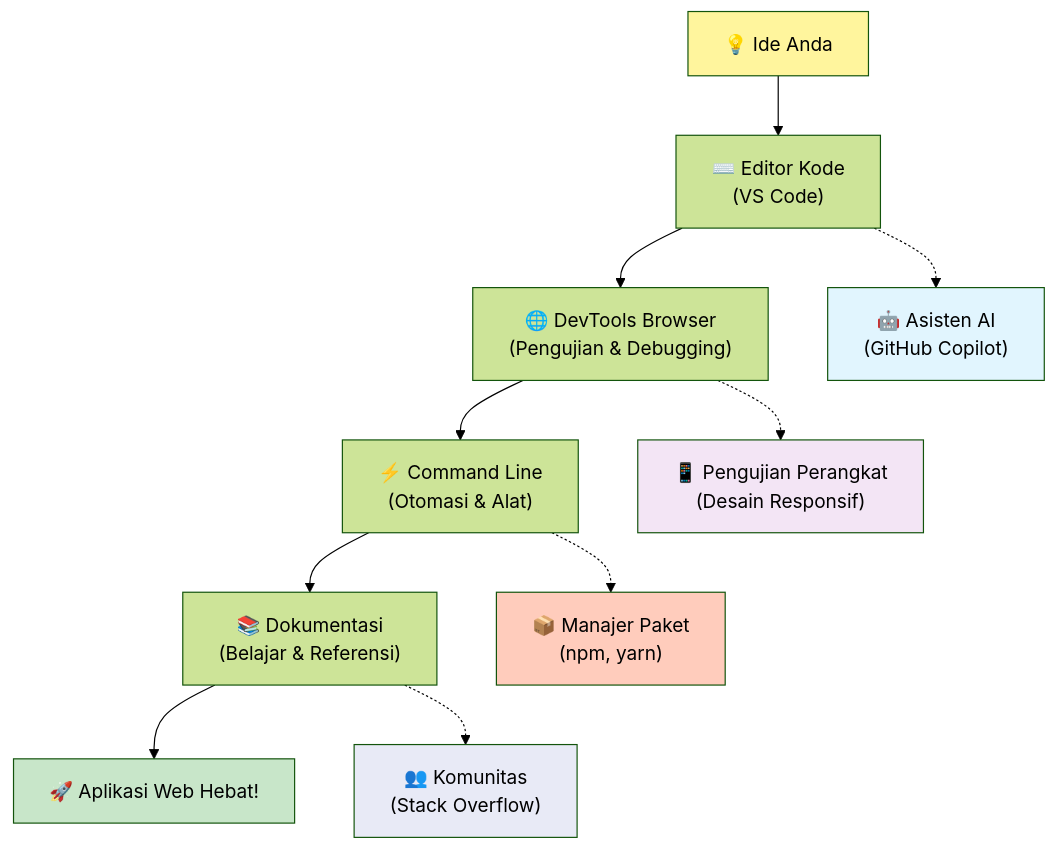
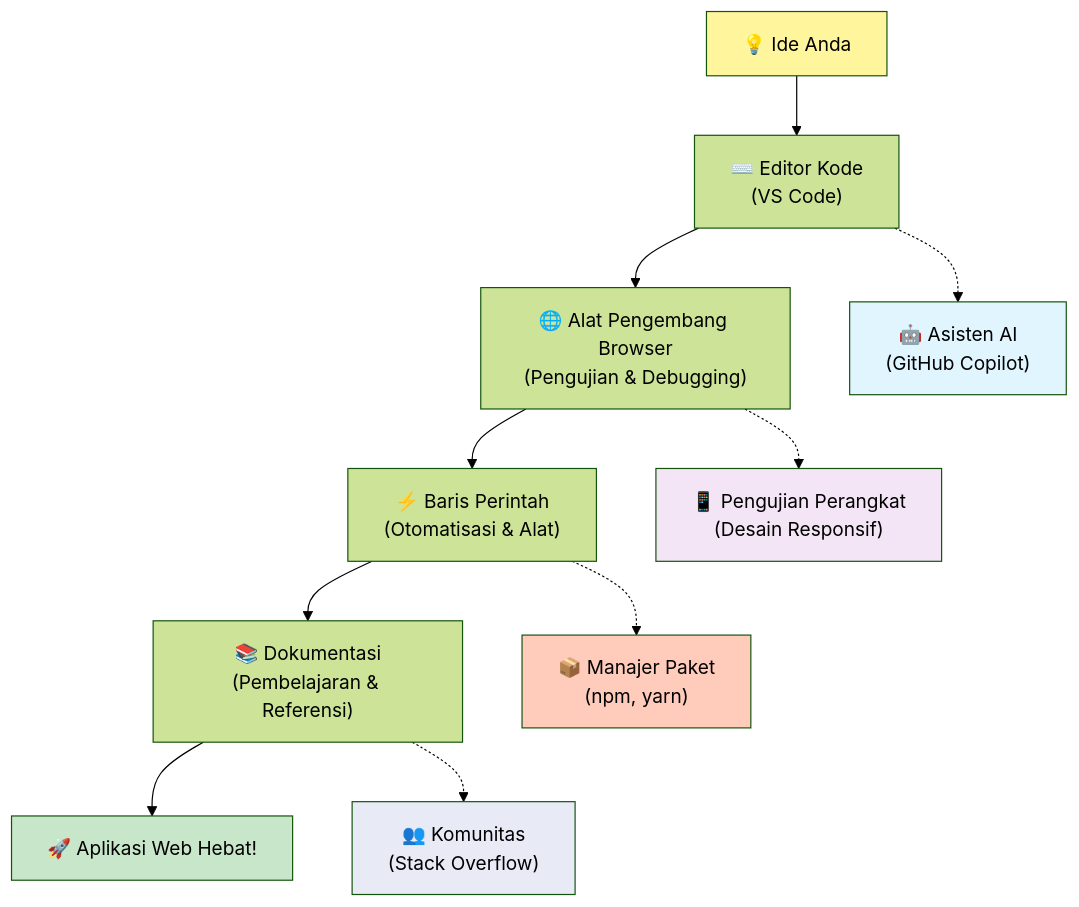
Before and after one commit to microsoft/Web-Dev-For-Beginners: the fifth of 7 diagrams in translations/id/1-getting-started-lessons/1-intro-to-programming-languages/README.md, drawn with Mermaid (forest theme). The commit also changed other lines of this file and 8 other files, not shown here.

````diff
--- a/translations/id/1-getting-started-lessons/1-intro-to-programming-languages/README.md
+++ b/translations/id/1-getting-started-lessons/1-intro-to-programming-languages/README.md
@@ -487,20 +487,20 @@
 ```mermaid
 graph TD
     A["💡 Ide Anda"] --> B["⌨️ Editor Kode<br/>(VS Code)"] 
-    B --> C["🌐 DevTools Browser<br/>(Pengujian & Debugging)"]
-    C --> D["⚡ Command Line<br/>(Otomasi & Alat)"]
-    D --> E["📚 Dokumentasi<br/>(Belajar & Referensi)"]
+    B --> C["🌐 Alat Pengembang Browser<br/>(Pengujian & Debugging)"]
+    C --> D["⚡ Baris Perintah<br/>(Otomatisasi & Alat)"]
+    D --> E["📚 Dokumentasi<br/>(Pembelajaran & Referensi)"]
     E --> F["🚀 Aplikasi Web Hebat!"]
     
     B -.-> G["🤖 Asisten AI<br/>(GitHub Copilot)"]
     C -.-> H["📱 Pengujian Perangkat<br/>(Desain Responsif)"]
     D -.-> I["📦 Manajer Paket<br/>(npm, yarn)"]
     E -.-> J["👥 Komunitas<br/>(Stack Overflow)"]
     
     style A fill:#fff59d
     style F fill:#c8e6c9
     style G fill:#e1f5fe
     style H fill:#f3e5f5
     style I fill:#ffccbc
     style J fill:#e8eaf6
 ```
````
